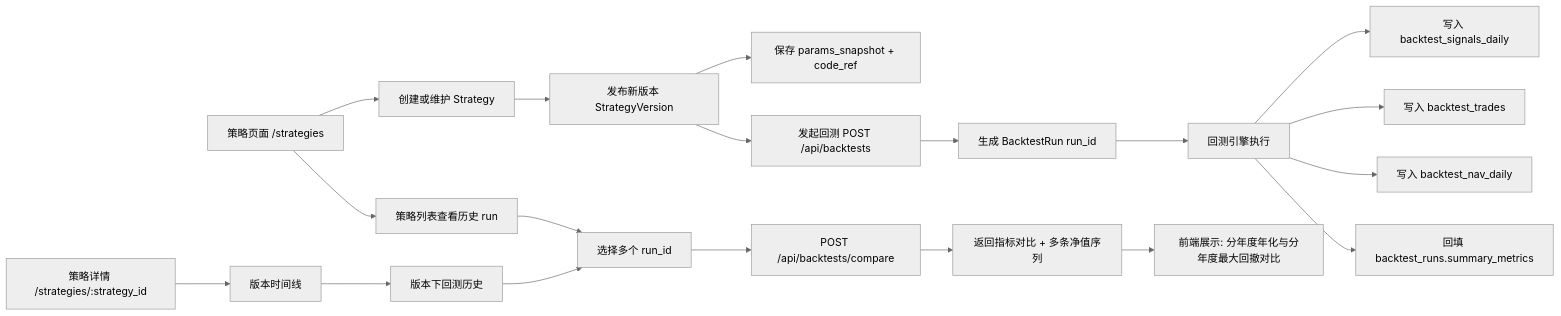
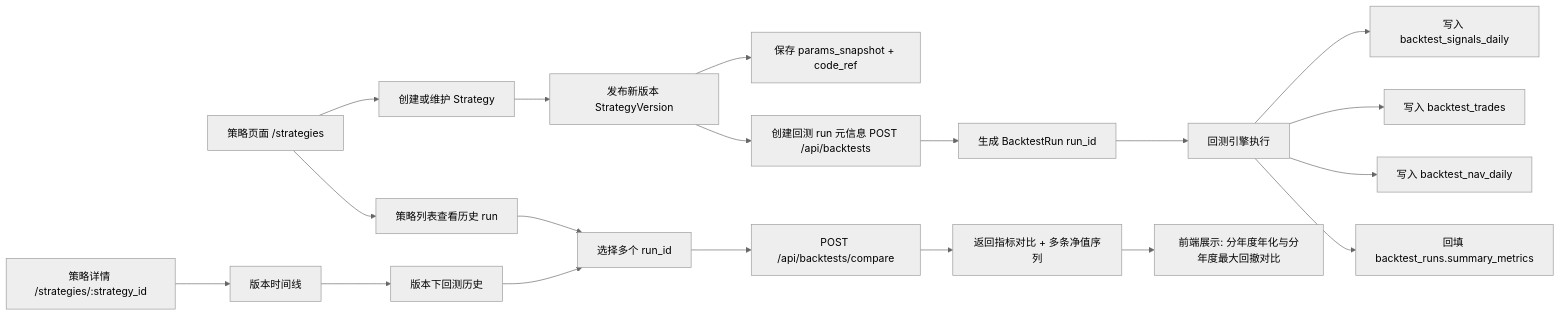
The second of 2 diagrams in requirements/regression_test.md (JamesGu14/freedom), drawn with Mermaid (neutral theme) before and after one commit. The commit also changed other lines of this file and 30 other files, not shown here.

````diff
--- a/requirements/regression_test.md
+++ b/requirements/regression_test.md
@@ -936,25 +942,25 @@
 ```mermaid
 flowchart LR
     A[策略页面 /strategies] --> B[创建或维护 Strategy]
     B --> C[发布新版本 StrategyVersion]
     C --> C1[保存 params_snapshot + code_ref]
 
-    C --> D[发起回测 POST /api/backtests]
+    C --> D[创建回测 run 元信息 POST /api/backtests]
     D --> E[生成 BacktestRun run_id]
     E --> F[回测引擎执行]
 
     F --> G[写入 backtest_signals_daily]
     F --> H[写入 backtest_trades]
     F --> I[写入 backtest_nav_daily]
     F --> J[回填 backtest_runs.summary_metrics]
 
     A --> K[策略列表查看历史 run]
     K --> L[选择多个 run_id]
     L --> M[POST /api/backtests/compare]
     M --> N[返回指标对比 + 多条净值序列]
     N --> O[前端展示: 分年度年化与分年度最大回撤对比]
 
     P[策略详情 /strategies/:strategy_id] --> Q[版本时间线]
     Q --> R[版本下回测历史]
     R --> L
 ```
````
